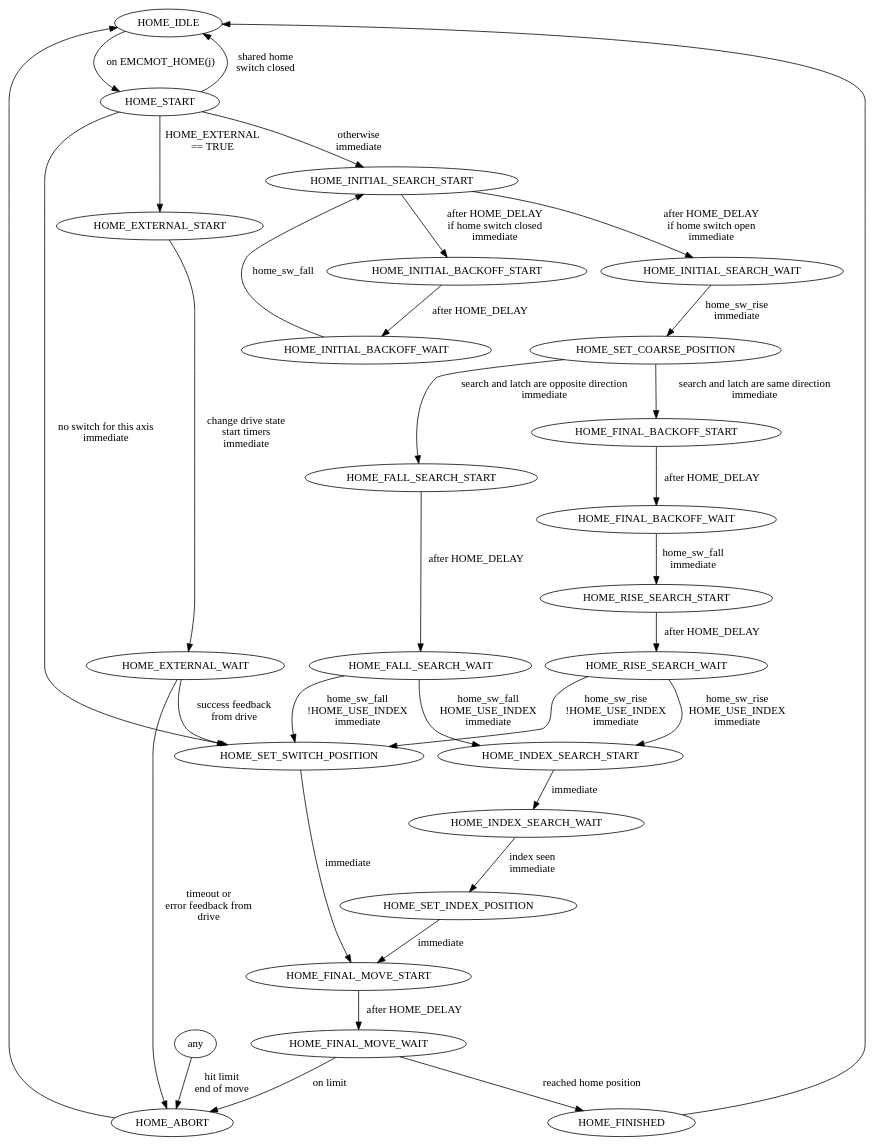
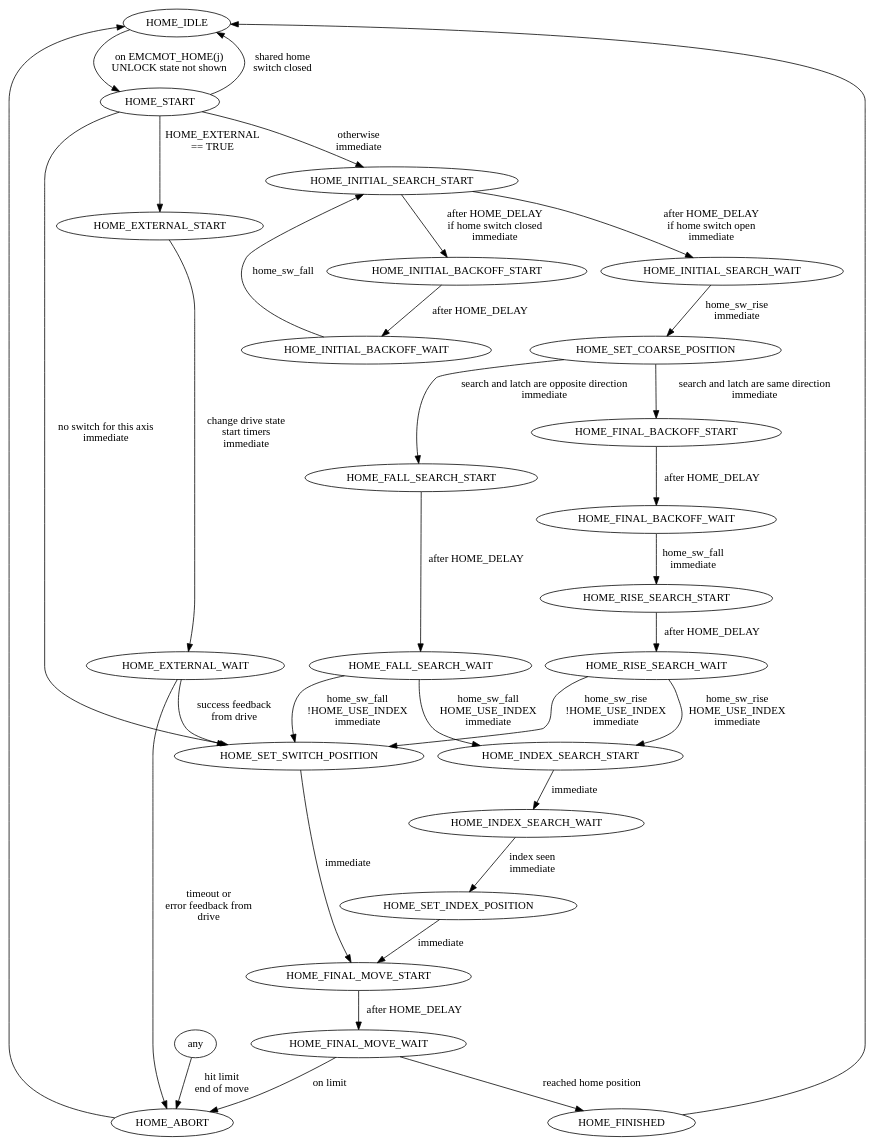
Before and after one commit to zultron/machinekit: the diagram in docs/src/code/homing.dot, drawn with Graphviz. The commit also changed 3 other files, not shown here.

```diff
--- a/docs/src/code/homing.dot
+++ b/docs/src/code/homing.dot
@@ -1,38 +1,38 @@
 # NOTE PDH 2021: I have tried to update this as best I can to reflect the new HOME_EXTERNAL state, but this diagram
 # seems to conflict in some ways with the one located at src/emc/motion
 
 digraph homing {
-    HOME_IDLE -> HOME_START [label="on EMCMOT_HOME(j)"];
+    HOME_IDLE -> HOME_START [label="on EMCMOT_HOME(j)\nUNLOCK state not shown"];
     HOME_START -> HOME_IDLE [label="shared home\nswitch closed"];
     HOME_START -> HOME_SET_SWITCH_POSITION [label="no switch for this axis\nimmediate"];
     HOME_START -> HOME_EXTERNAL_START [label="HOME_EXTERNAL\n== TRUE"];
     HOME_START -> HOME_INITIAL_SEARCH_START [label="otherwise\nimmediate"];
     HOME_EXTERNAL_START -> HOME_EXTERNAL_WAIT [label="change drive state\nstart timers\nimmediate"];
     HOME_EXTERNAL_WAIT -> HOME_ABORT [label="timeout or\nerror feedback from\ndrive"];
     HOME_EXTERNAL_WAIT -> HOME_SET_SWITCH_POSITION [label="success feedback\nfrom drive"];
     HOME_INITIAL_BACKOFF_START -> HOME_INITIAL_BACKOFF_WAIT [label="after HOME_DELAY"];
     HOME_INITIAL_BACKOFF_WAIT -> HOME_INITIAL_SEARCH_START [label="home_sw_fall"];
     HOME_INITIAL_SEARCH_START -> HOME_INITIAL_BACKOFF_START [label="after HOME_DELAY\nif home switch closed\nimmediate"];
     HOME_INITIAL_SEARCH_START -> HOME_INITIAL_SEARCH_WAIT [label="after HOME_DELAY\nif home switch open\nimmediate"];
     HOME_INITIAL_SEARCH_WAIT -> HOME_SET_COARSE_POSITION [label="home_sw_rise\nimmediate"];
     HOME_SET_COARSE_POSITION -> HOME_FINAL_BACKOFF_START [label="search and latch are same direction\nimmediate"]
     HOME_SET_COARSE_POSITION -> HOME_FALL_SEARCH_START [label="search and latch are opposite direction\nimmediate"]
     HOME_FINAL_BACKOFF_START -> HOME_FINAL_BACKOFF_WAIT [label="after HOME_DELAY"];
     HOME_FINAL_BACKOFF_WAIT -> HOME_RISE_SEARCH_START [label="home_sw_fall\nimmediate"];
     HOME_RISE_SEARCH_START -> HOME_RISE_SEARCH_WAIT [label="after HOME_DELAY"];
     HOME_RISE_SEARCH_WAIT -> HOME_INDEX_SEARCH_START [label="home_sw_rise\nHOME_USE_INDEX\nimmediate"]
     HOME_RISE_SEARCH_WAIT -> HOME_SET_SWITCH_POSITION [label="home_sw_rise\n!HOME_USE_INDEX\nimmediate"]
     HOME_FALL_SEARCH_START -> HOME_FALL_SEARCH_WAIT [label="after HOME_DELAY"];
     HOME_FALL_SEARCH_WAIT -> HOME_INDEX_SEARCH_START [label="home_sw_fall\nHOME_USE_INDEX\nimmediate"]
     HOME_FALL_SEARCH_WAIT -> HOME_SET_SWITCH_POSITION [label="home_sw_fall\n!HOME_USE_INDEX\nimmediate"]
     HOME_INDEX_SEARCH_START -> HOME_INDEX_SEARCH_WAIT [label="immediate"];
     HOME_INDEX_SEARCH_WAIT -> HOME_SET_INDEX_POSITION [label="index seen\nimmediate"];
     HOME_SET_SWITCH_POSITION -> HOME_FINAL_MOVE_START [label="immediate"];
     HOME_SET_INDEX_POSITION -> HOME_FINAL_MOVE_START [label="immediate"];
     HOME_FINAL_MOVE_START -> HOME_FINAL_MOVE_WAIT [label="after HOME_DELAY"];
     HOME_FINAL_MOVE_WAIT -> HOME_ABORT [label="on limit"];
     HOME_FINAL_MOVE_WAIT -> HOME_FINISHED [label="reached home position"];
     HOME_FINISHED -> HOME_IDLE;
     any -> HOME_ABORT [label="hit limit\nend of move"]
     HOME_ABORT -> HOME_IDLE;
 }
```
